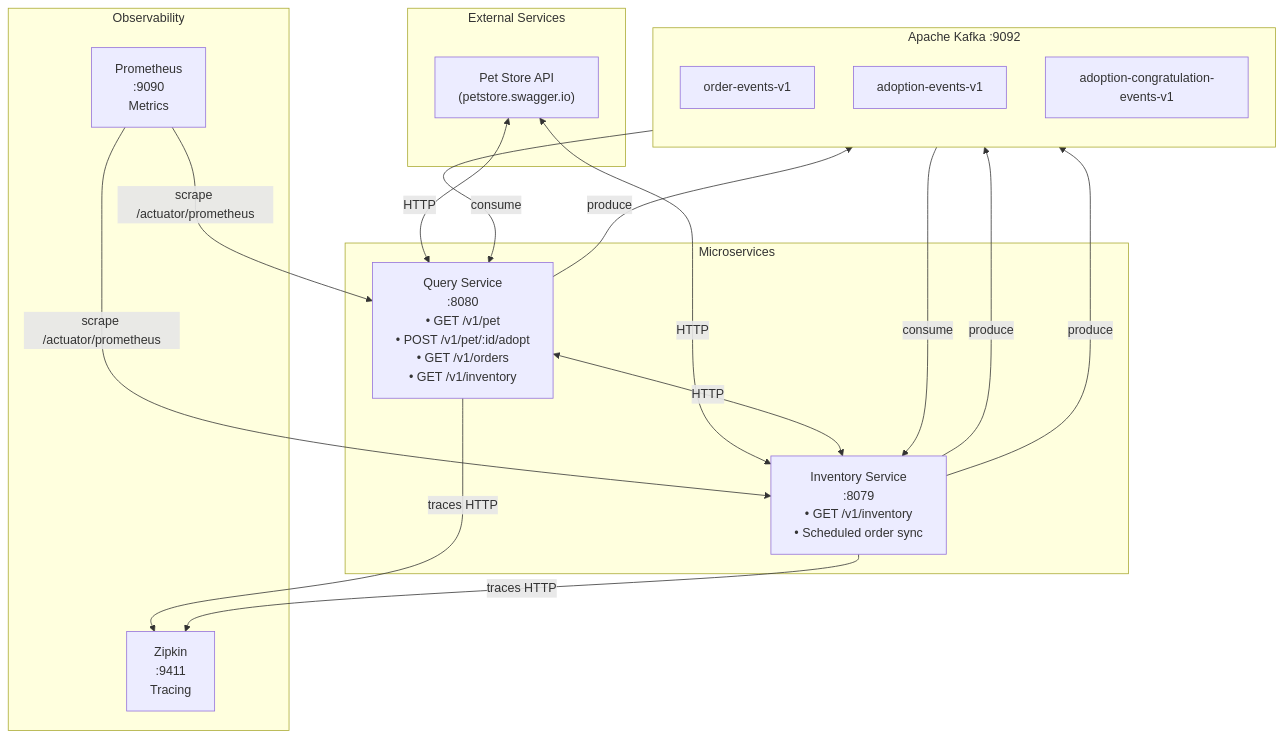
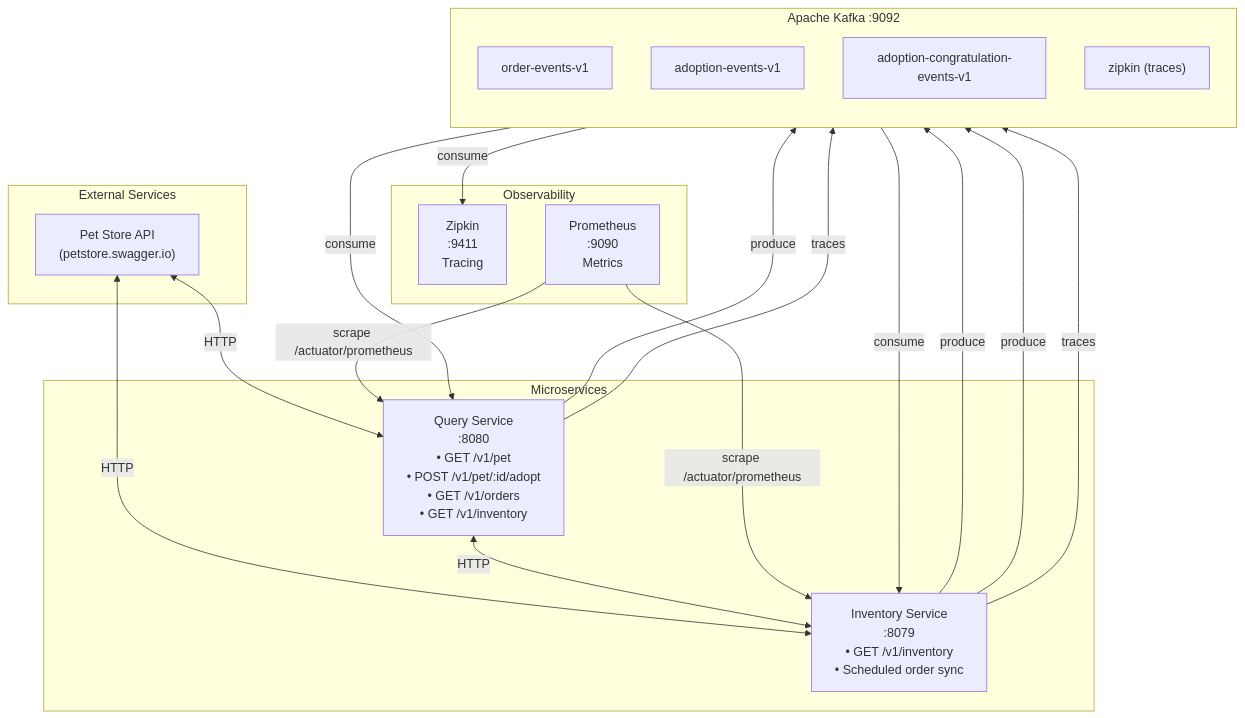
The diagram in README.md (hdmsantander/microservices-ops-demo), drawn with Mermaid before and after one commit. The commit also changed other lines of this file and 12 other files, not shown here.

````diff
--- a/README.md
+++ b/README.md
@@ -46,39 +46,41 @@
 ```mermaid
 flowchart TB
     subgraph External["External Services"]
         PetStore["Pet Store API<br/>(petstore.swagger.io)"]
     end
 
     subgraph Microservices["Microservices"]
         Query["Query Service<br/>:8080<br/>• GET /v1/pet<br/>• POST /v1/pet/:id/adopt<br/>• GET /v1/orders<br/>• GET /v1/inventory"]
         Inventory["Inventory Service<br/>:8079<br/>• GET /v1/inventory<br/>• Scheduled order sync"]
     end
 
     subgraph Kafka["Apache Kafka :9092"]
         direction TB
         OE["order-events-v1"]
         AE["adoption-events-v1"]
         ACE["adoption-congratulation-events-v1"]
+        ZipkinTopic["zipkin (traces)"]
     end
 
     subgraph Observability["Observability"]
         Zipkin["Zipkin<br/>:9411<br/>Tracing"]
         Prometheus["Prometheus<br/>:9090<br/>Metrics"]
     end
 
     PetStore <-->|HTTP| Query
     PetStore <-->|HTTP| Inventory
     Query <-->|HTTP| Inventory
 
     Inventory -->|produce| OE
     OE -->|consume| Query
     Query -->|produce| AE
     AE -->|consume| Inventory
     Inventory -->|produce| ACE
 
-    Query -->|traces HTTP| Zipkin
-    Inventory -->|traces HTTP| Zipkin
+    Query -->|traces| ZipkinTopic
+    Inventory -->|traces| ZipkinTopic
+    ZipkinTopic -->|consume| Zipkin
 
     Prometheus -->|scrape /actuator/prometheus| Query
     Prometheus -->|scrape /actuator/prometheus| Inventory
 ```
````
